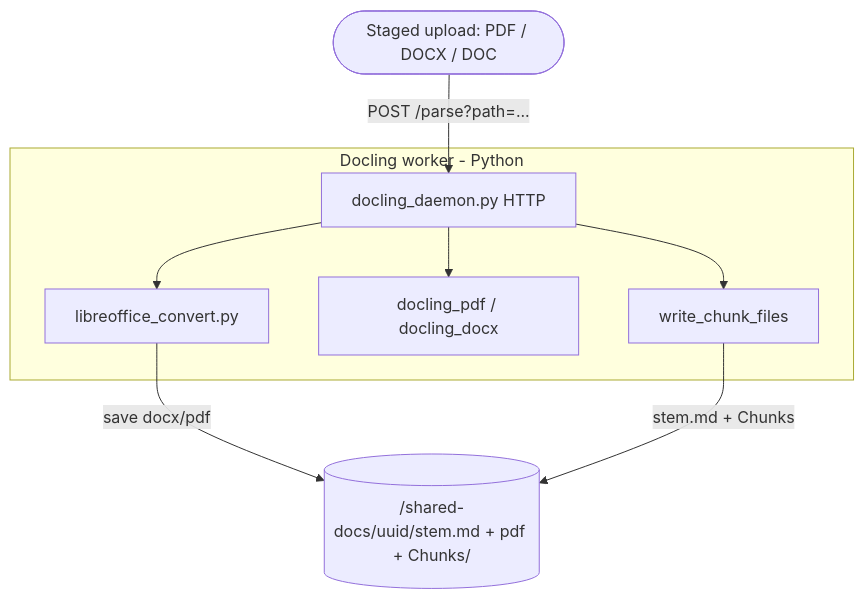
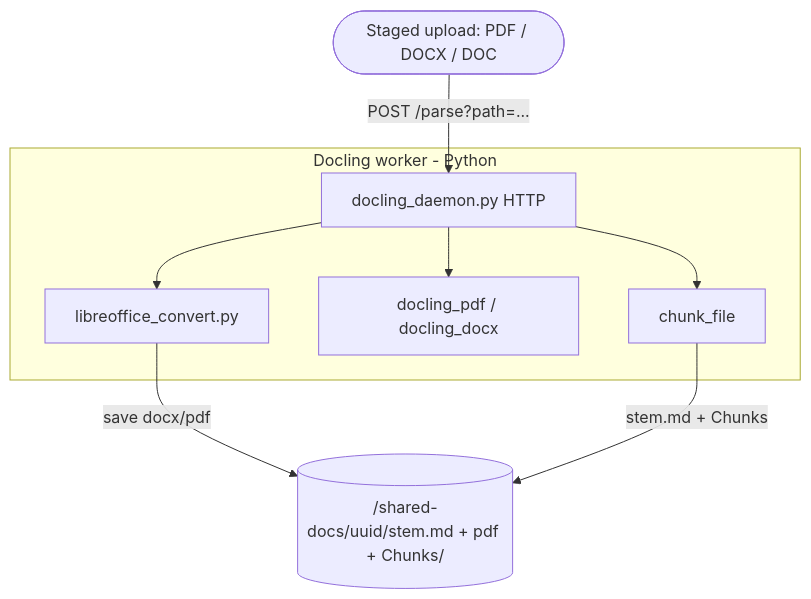
The first of 3 diagrams in modules/documents/processing/processing.md (data-team-uhn/iap), drawn with Mermaid before and after one commit. The commit also changed other lines of this file and 14 other files, not shown here.

````diff
--- a/modules/documents/processing/processing.md
+++ b/modules/documents/processing/processing.md
@@ -17,20 +17,20 @@
 ```mermaid
 flowchart TB
     U(["Staged upload: PDF / DOCX / DOC"])
 
     subgraph Py["Docling worker - Python"]
         DAEMON["docling_daemon.py HTTP"]
         LO["libreoffice_convert.py"]
         GEN["docling_pdf / docling_docx"]
-        WCF["write_chunk_files"]
+        WCF["chunk_file"]
     end
 
     ART[("/shared-docs/uuid/stem.md + pdf + Chunks/")]
 
     U -->|"POST /parse?path=..."| DAEMON
     DAEMON --> LO
     LO -->|save docx/pdf| ART
     DAEMON --> GEN
     DAEMON --> WCF
     WCF -->|stem.md + Chunks| ART
 ```
````
